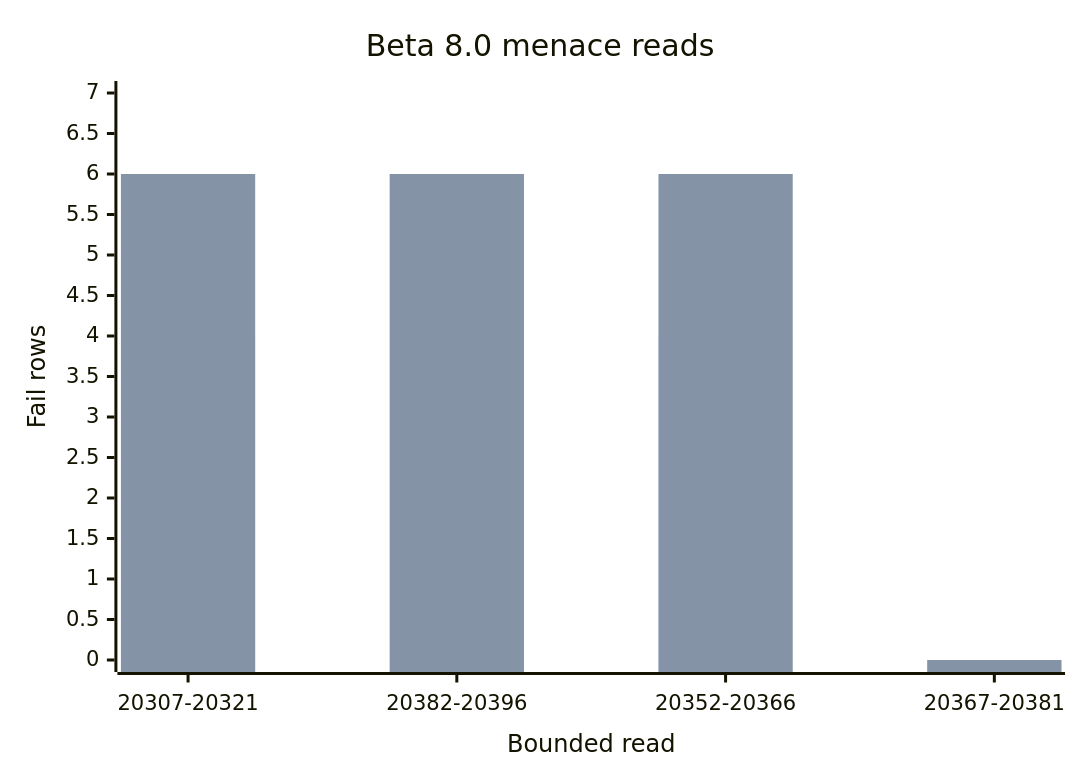
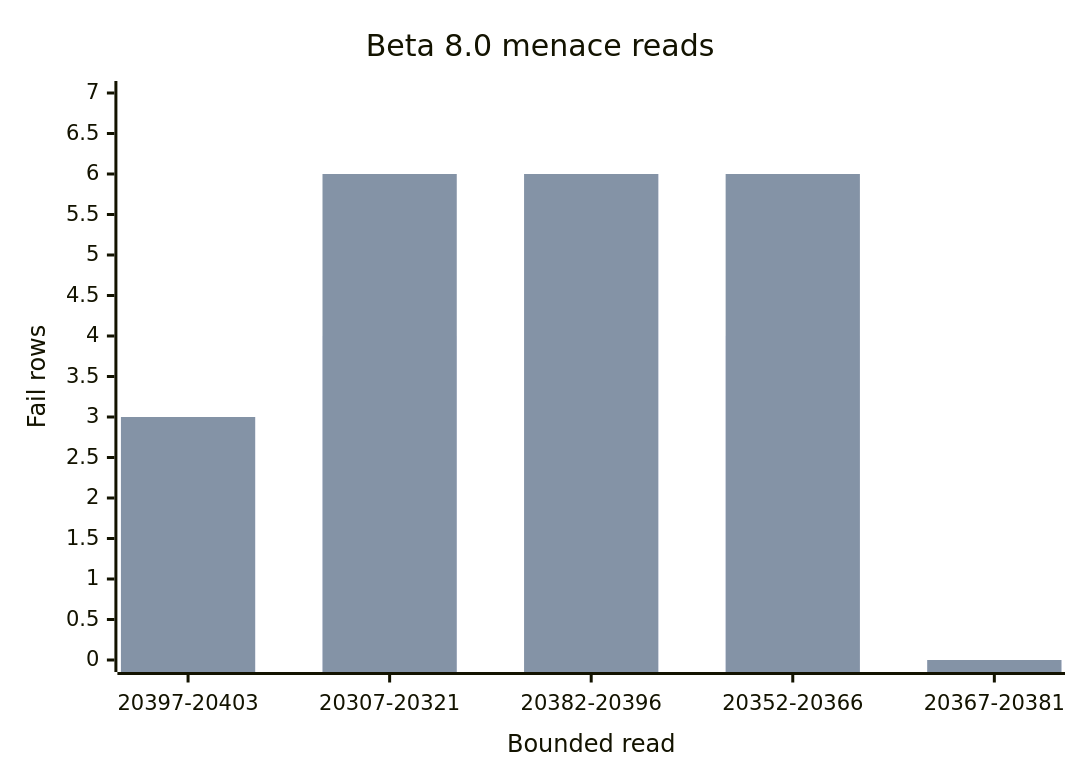
Before and after one commit to tryskian/scorey: the second of 2 diagrams in docs/research/080_B-MENACE_JUDGEMENT.md, drawn with Mermaid. The commit also changed other lines of this file and 3 other files, not shown here.

````diff
--- a/docs/research/080_B-MENACE_JUDGEMENT.md
+++ b/docs/research/080_B-MENACE_JUDGEMENT.md
@@ -99,8 +103,8 @@
 ```mermaid
 xychart-beta
   title "Beta 8.0 menace reads"
-  x-axis "Bounded read" ["20307-20321", "20382-20396", "20352-20366", "20367-20381"]
+  x-axis "Bounded read" ["20397-20403", "20307-20321", "20382-20396", "20352-20366", "20367-20381"]
   y-axis "Fail rows" 0 --> 7
-  bar "Menace fail rows" [4, 6, 4, 0]
-  bar "Closed prose fail rows" [6, 6, 6, 0]
+  bar "Menace fail rows" [3, 4, 6, 4, 0]
+  bar "Closed prose fail rows" [3, 6, 6, 6, 0]
 ```
````
